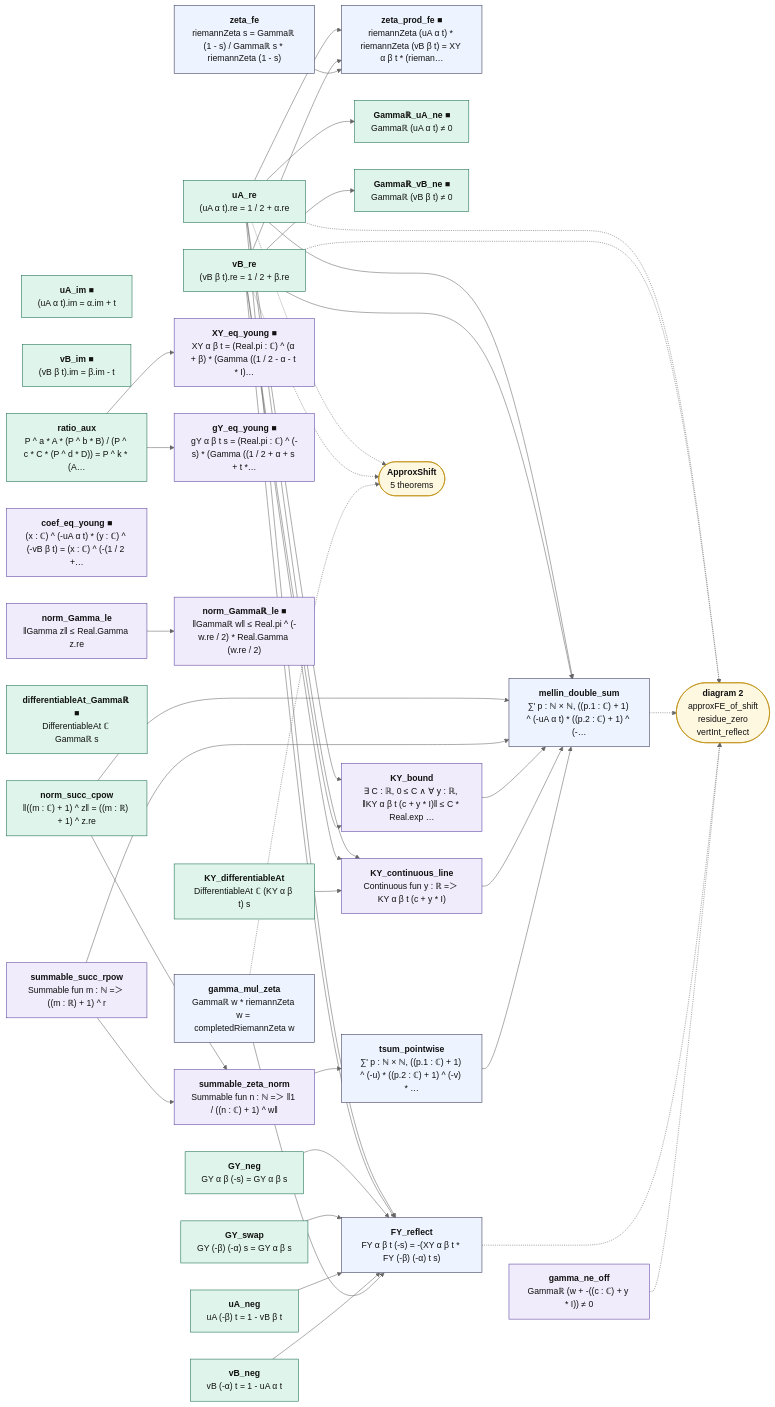
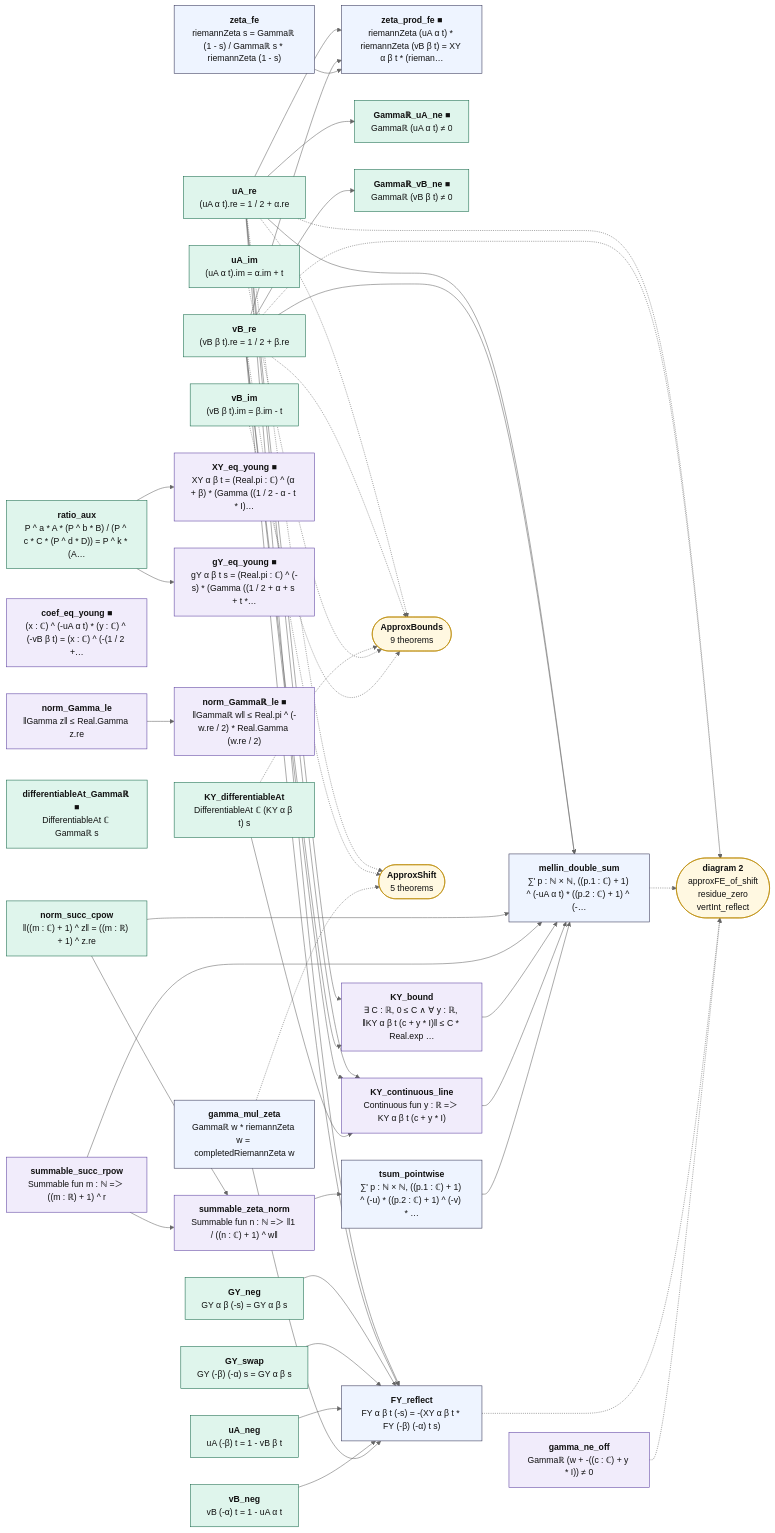
One commit to juliansambranojr/Primebeat_081426 changed the first of 2 diagrams in map/lean_stage3/ApproxFE.md. Above: the diagram before and after it, drawn with Mermaid (neutral theme). The commit also changed other lines of this file and 26 other files, not shown here.

```diff
--- a/map/lean_stage3/ApproxFE.md
+++ b/map/lean_stage3/ApproxFE.md
@@ -17,8 +17,8 @@
 flowchart LR
   n0["<b>uA_re</b><br/>(uA α t).re = 1 / 2 + α.re"]:::cnt
   n1["<b>vB_re</b><br/>(vB β t).re = 1 / 2 + β.re"]:::cnt
-  n2["<b>uA_im ■</b><br/>(uA α t).im = α.im + t"]:::cnt
-  n3["<b>vB_im ■</b><br/>(vB β t).im = β.im - t"]:::cnt
+  n2["<b>uA_im</b><br/>(uA α t).im = α.im + t"]:::cnt
+  n3["<b>vB_im</b><br/>(vB β t).im = β.im - t"]:::cnt
   n4["<b>zeta_fe</b><br/>riemannZeta s = Gammaℝ (1 - s) / Gammaℝ s * riemannZeta (1 - s)"]:::thm
   n5["<b>zeta_prod_fe ■</b><br/>riemannZeta (uA α t) * riemannZeta (vB β t) = XY α β t * (rieman…"]:::thm
   n6["<b>Gammaℝ_uA_ne ■</b><br/>Gammaℝ (uA α t) ≠ 0"]:::cnt
@@ -45,8 +45,9 @@
   n27["<b>gamma_mul_zeta</b><br/>Gammaℝ w * riemannZeta w = completedRiemannZeta w"]:::thm
   n28["<b>FY_reflect</b><br/>FY α β t (-s) = -(XY α β t * FY (-β) (-α) t s)"]:::thm
   n29["<b>gamma_ne_off</b><br/>Gammaℝ (w + -((c : ℂ) + y * I)) ≠ 0"]:::shp
-  x0(["<b>diagram 2</b><br/>approxFE_of_shift<br/>residue_zero<br/>vertInt_reflect"]):::ext
-  x1(["<b>ApproxShift</b><br/>5 theorems"]):::ext
+  x0(["<b>ApproxBounds</b><br/>9 theorems"]):::ext
+  x1(["<b>diagram 2</b><br/>approxFE_of_shift<br/>residue_zero<br/>vertInt_reflect"]):::ext
+  x2(["<b>ApproxShift</b><br/>5 theorems"]):::ext
   n0 --> n18
   n0 --> n20
   n0 --> n22
@@ -79,12 +80,17 @@
   n8 --> n9
   n0 -.-> x0
   n0 -.-> x1
+  n0 -.-> x2
   n1 -.-> x0
   n1 -.-> x1
-  n22 -.-> x0
-  n27 -.-> x1
-  n28 -.-> x0
-  n29 -.-> x0
+  n1 -.-> x2
+  n19 -.-> x0
+  n2 -.-> x0
+  n22 -.-> x1
+  n27 -.-> x2
+  n28 -.-> x1
+  n29 -.-> x1
+  n3 -.-> x0
   classDef cnt fill:#dff5ec,stroke:#17694a,color:#111
   classDef shp fill:#f1ecfb,stroke:#5b3fa0,color:#111
   classDef rh fill:#ffe5e5,stroke:#c22,color:#111,stroke-width:2px
```
